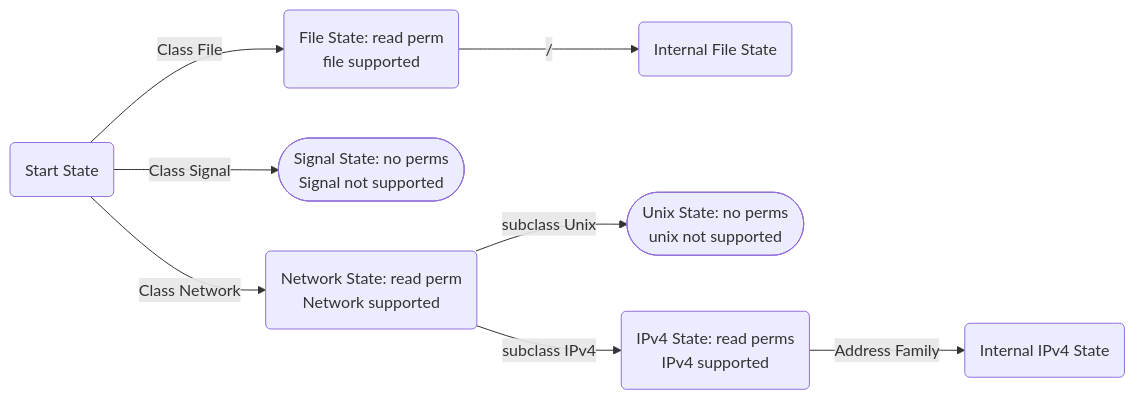
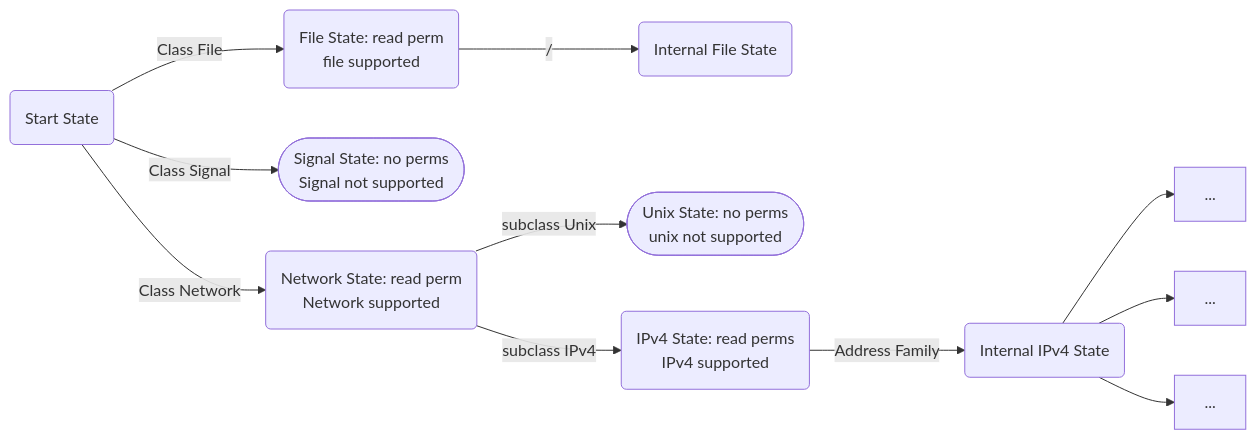
The diagram in AppArmorFeatureABI.md (youngker/apparmor-wiki), drawn with Mermaid before and after one commit.

Commit message:
Update AppArmorFeatureABI

````diff
--- a/AppArmorFeatureABI.md
+++ b/AppArmorFeatureABI.md
@@ -144,10 +144,13 @@
 ```mermaid
 graph LR;
   A(Start State) --> |Class File| F;
   A --> |Class Signal| S([Signal State: no perms<br> Signal not supported]);
   A --> |Class Network| N;
   F(File State: read perm<br> file supported) --> |/| Fi(Internal File State);
   N(Network State: read perm<br> Network supported) --> |subclass Unix| U([Unix State: no perms<br> unix not supported]);
   N --> |subclass IPv4| I(IPv4 State: read perms<br>IPv4 supported);
   I --> |Address Family| ipv4(Internal IPv4 State);
+  ipv4 --> X1[...];
+  ipv4 --> X2[...];
+  ipv4 --> X3[...];
 ```
````
